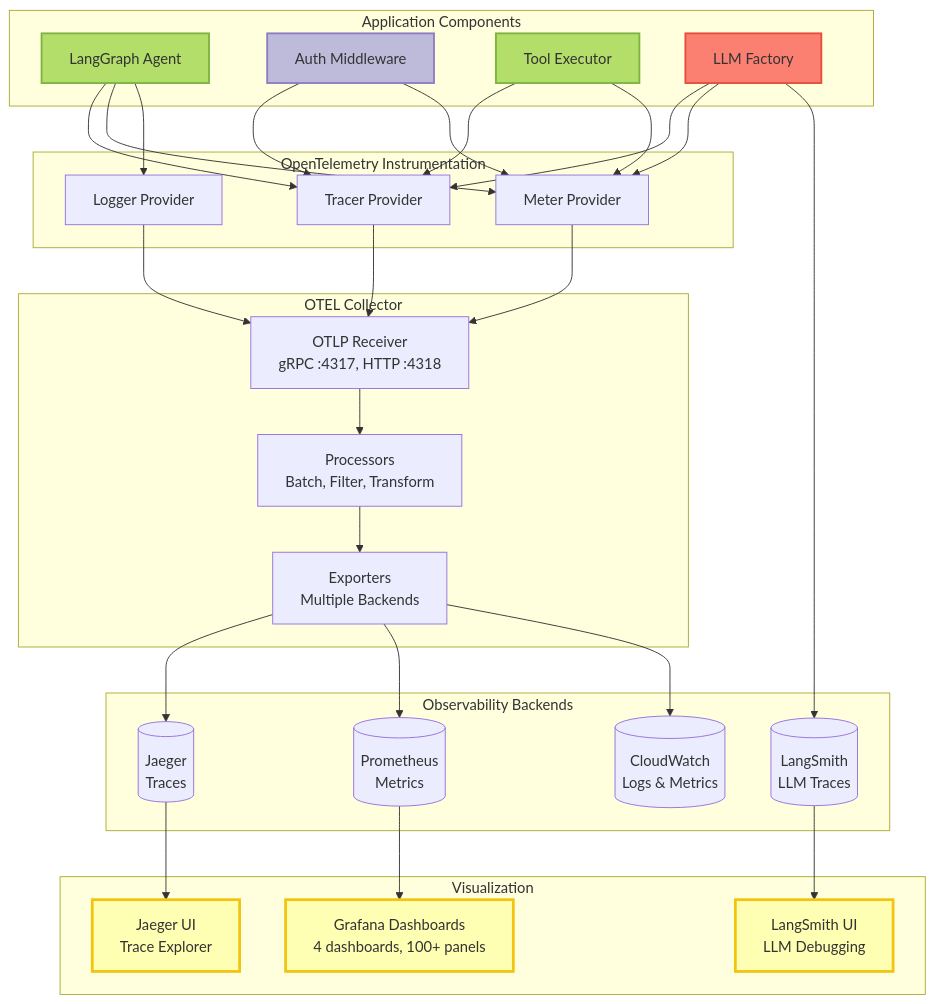
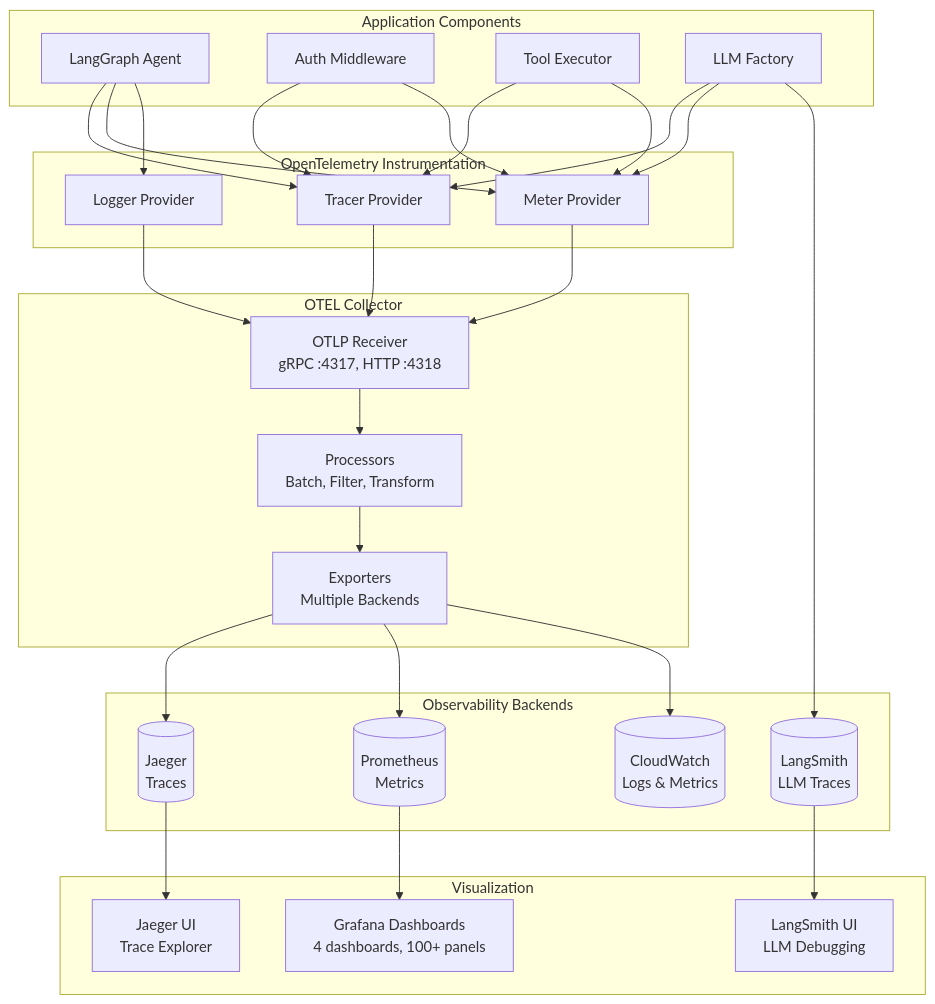
The tenth of 10 diagrams in docs/diagrams/system-architecture.mdx (vishnu2kmohan/mcp-server-langgraph), drawn with Mermaid before and after one commit. The commit also changed other lines of this file and 11 other files, not shown here.

First line of the commit message:
docs: modernize Mermaid diagrams to follow 2025 best practices

````diff
--- a/docs/diagrams/system-architecture.mdx
+++ b/docs/diagrams/system-architecture.mdx
@@ -550,69 +515,62 @@
 ```mermaid
 flowchart TB
     subgraph Application["Application Components"]
         Agent[LangGraph Agent]
         Auth[Auth Middleware]
         Tools[Tool Executor]
         LLM[LLM Factory]
     end
 
     subgraph Instrumentation["OpenTelemetry Instrumentation"]
         TracerProvider[Tracer Provider]
         MeterProvider[Meter Provider]
         LoggerProvider[Logger Provider]
     end
 
     subgraph Collection["OTEL Collector"]
         Receiver[OTLP Receiver<br/>gRPC :4317, HTTP :4318]
         Processor[Processors<br/>Batch, Filter, Transform]
         Exporter[Exporters<br/>Multiple Backends]
     end
 
     subgraph Backends["Observability Backends"]
         Jaeger[(Jaeger<br/>Traces)]
         Prometheus[(Prometheus<br/>Metrics)]
         LangSmith[(LangSmith<br/>LLM Traces)]
         CloudWatch[(CloudWatch<br/>Logs & Metrics)]
     end
 
     subgraph Visualization["Visualization"]
         Grafana[Grafana Dashboards<br/>4 dashboards, 100+ panels]
         JaegerUI[Jaeger UI<br/>Trace Explorer]
         LangSmithUI[LangSmith UI<br/>LLM Debugging]
     end
 
     %% Data Flow
     Agent --> TracerProvider
     Agent --> MeterProvider
     Agent --> LoggerProvider
     Auth --> TracerProvider
     Auth --> MeterProvider
     Tools --> TracerProvider
     Tools --> MeterProvider
     LLM --> TracerProvider
     LLM --> MeterProvider
     LLM --> LangSmith
 
     TracerProvider --> Receiver
     MeterProvider --> Receiver
     LoggerProvider --> Receiver
 
     Receiver --> Processor
     Processor --> Exporter
 
     Exporter --> Jaeger
     Exporter --> Prometheus
     Exporter --> CloudWatch
 
     Jaeger --> JaegerUI
     Prometheus --> Grafana
     LangSmith --> LangSmithUI
 
-    style Agent fill:#b3de69,stroke:#7cb342,stroke-width:2px,color:#333
-    style Auth fill:#bebada,stroke:#8e7cc3,stroke-width:2px,color:#333
-    style Tools fill:#b3de69,stroke:#7cb342,stroke-width:2px,color:#333
-    style LLM fill:#fb8072,stroke:#e74c3c,stroke-width:2px,color:#333
-    style Grafana fill:#ffffb3,stroke:#f1c40f,stroke-width:3px,color:#333
-    style JaegerUI fill:#ffffb3,stroke:#f1c40f,stroke-width:3px,color:#333
-    style LangSmithUI fill:#ffffb3,stroke:#f1c40f,stroke-width:3px,color:#333
 ```
````
